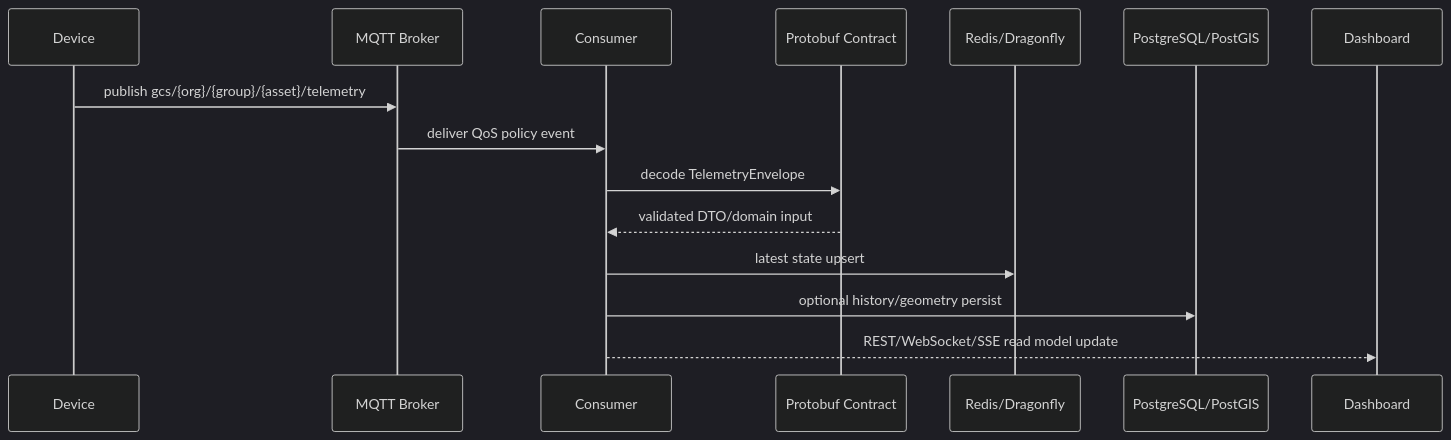
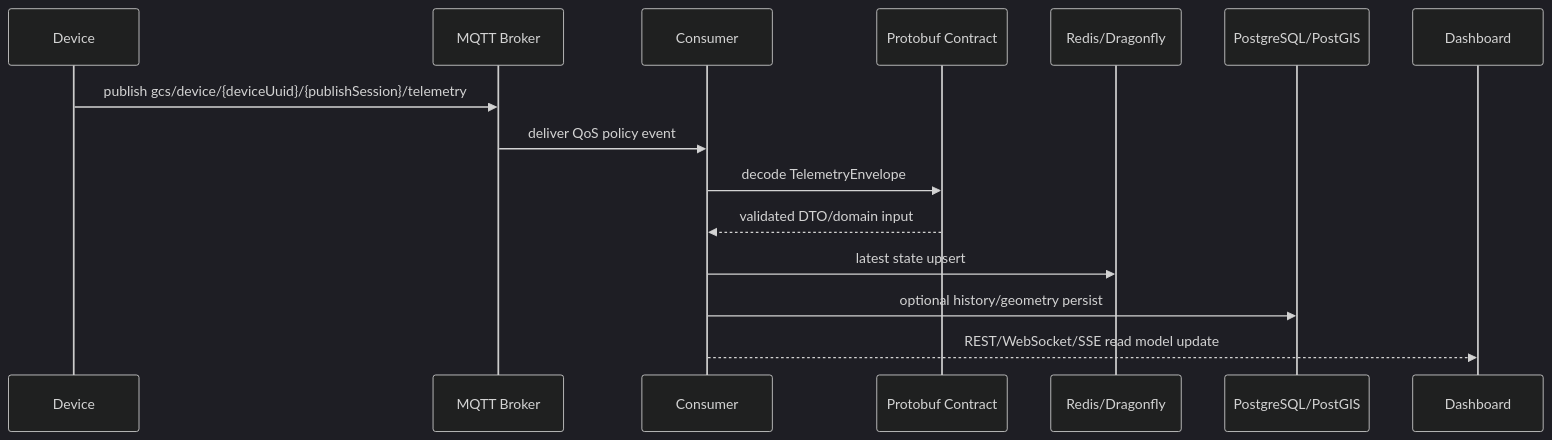
One commit to gcs-saker/gcs-dashboard-app changed the second of 4 diagrams in docs/architecture/GCS-Saker_M8_local_protocol_migration_plan.md. Above: the diagram before and after it, drawn with Mermaid (dark theme). The commit also changed 29 other files, not shown here.

First line of the commit message:
refactor(mqtt): remove group-bearing telemetry path (#861)

````diff
--- a/docs/architecture/GCS-Saker_M8_local_protocol_migration_plan.md
+++ b/docs/architecture/GCS-Saker_M8_local_protocol_migration_plan.md
@@ -90,18 +90,18 @@
 ```mermaid
 sequenceDiagram
     participant D as Device
     participant B as MQTT Broker
     participant C as Consumer
     participant P as Protobuf Contract
     participant R as Redis/Dragonfly
     participant G as PostgreSQL/PostGIS
     participant W as Dashboard
 
-    D->>B: publish gcs/{org}/{group}/{asset}/telemetry
+    D->>B: publish gcs/device/{deviceUuid}/{publishSession}/telemetry
     B->>C: deliver QoS policy event
     C->>P: decode TelemetryEnvelope
     P-->>C: validated DTO/domain input
     C->>R: latest state upsert
     C->>G: optional history/geometry persist
     C-->>W: REST/WebSocket/SSE read model update
 ```
````
